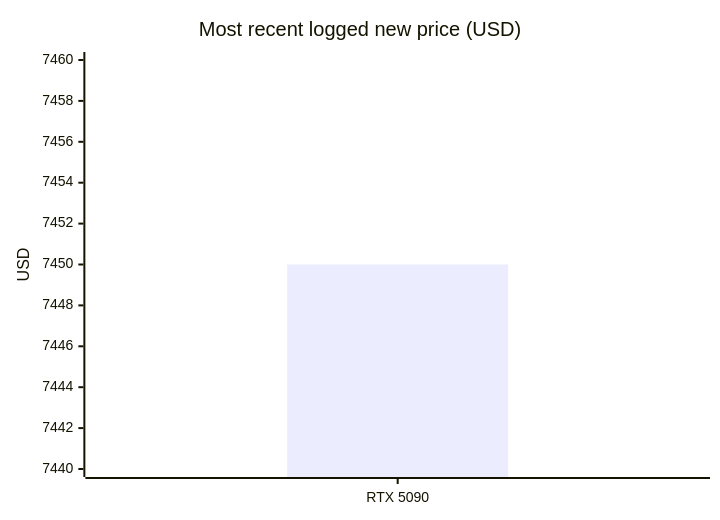
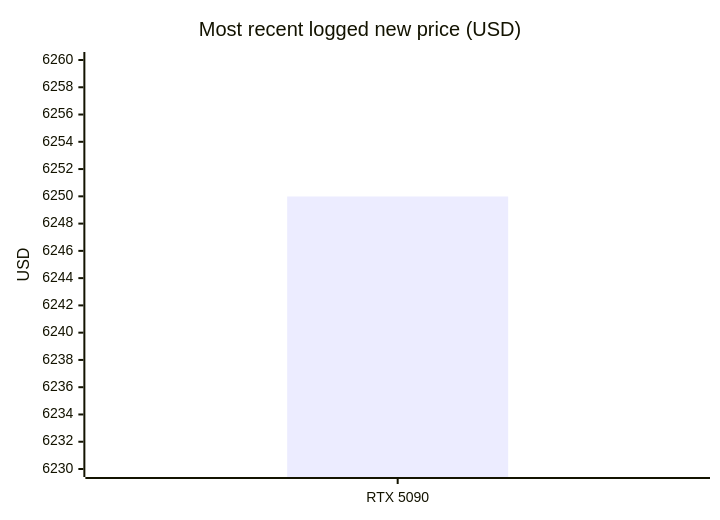
The third of 8 diagrams in README.md (7324136828/4tb_ssd_price_watch), drawn with Mermaid before and after one commit. The commit also changed other lines of this file and 6 other files, not shown here.

````diff
--- a/README.md
+++ b/README.md
@@ -218,7 +218,7 @@
 ```mermaid
 xychart-beta
     title "Most recent logged new price (USD)"
     x-axis ["RTX 5090"]
-    y-axis "USD" 7440 --> 7460
-    bar [7450.00]
+    y-axis "USD" 6230 --> 6260
+    bar [6249.99]
 ```
````
